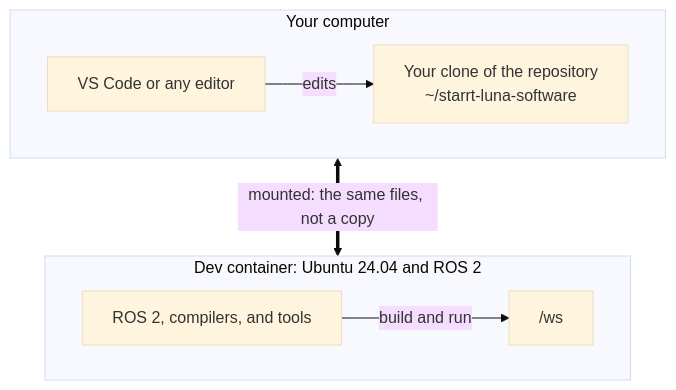
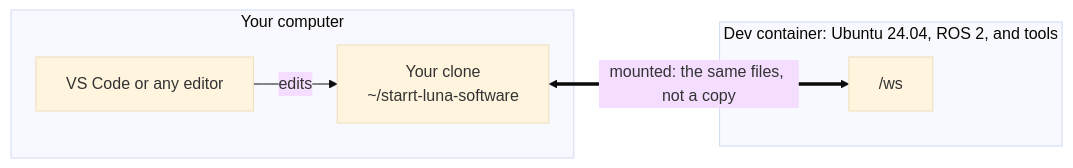
The diagram in docs/learn/containers.md (STAR-Robotics-Team/starrt-luna-software), drawn with Mermaid (base theme) before and after one commit.

Commit message:
Simplify the mount diagram to one row
Drop the tools box, which the container's title now covers, so the
diagram reads left to right: editor, clone, and /ws joined by the
mount.

````diff
--- a/docs/learn/containers.md
+++ b/docs/learn/containers.md
@@ -71,12 +71,10 @@
 ```mermaid
-flowchart TB
+flowchart LR
   subgraph computer["Your computer"]
-    direction LR
-    editor["VS Code or any editor"] -- "edits" --> clone["Your clone of the repository<br/>~/starrt-luna-software"]
+    editor["VS Code or any editor"] -- "edits" --> clone["Your clone<br/>~/starrt-luna-software"]
   end
-  subgraph container["Dev container: Ubuntu 24.04 and ROS 2"]
-    direction LR
-    tools["ROS 2, compilers, and tools"] -- "build and run" --> ws["/ws"]
+  subgraph container["Dev container: Ubuntu 24.04, ROS 2, and tools"]
+    ws["/ws"]
   end
   clone <== "mounted: the same files, not a copy" ==> ws
 ```
````
